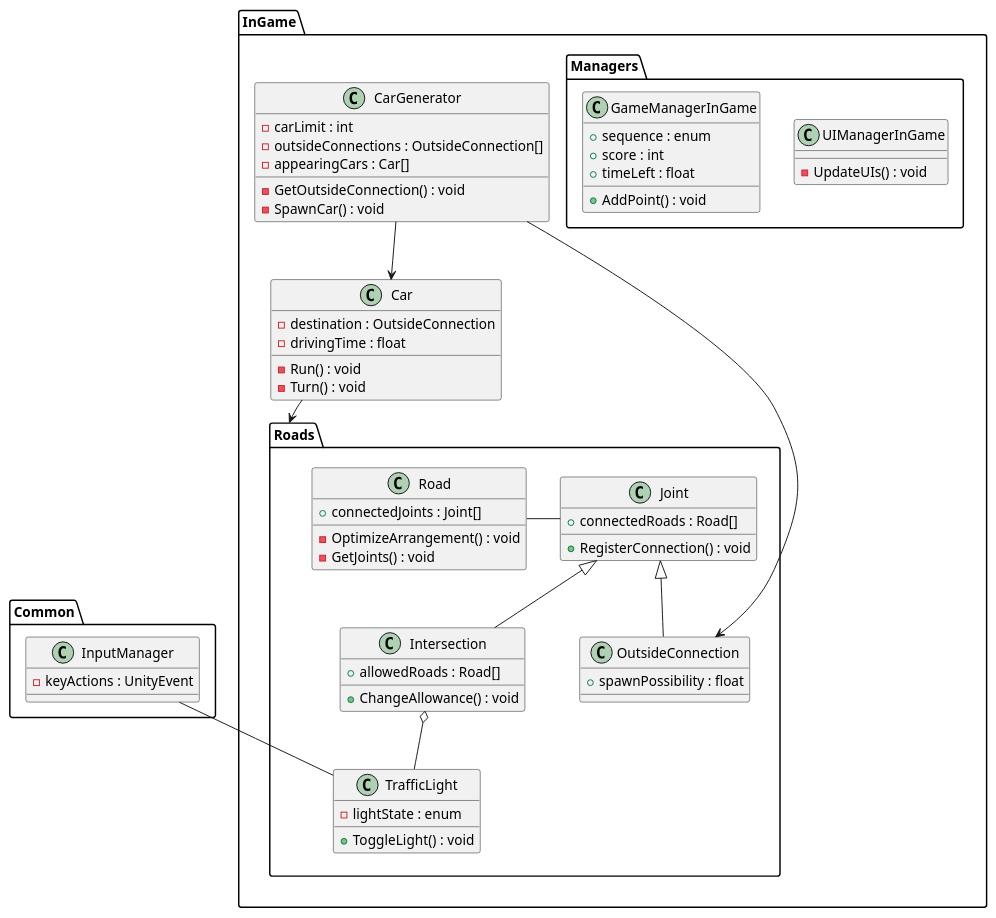
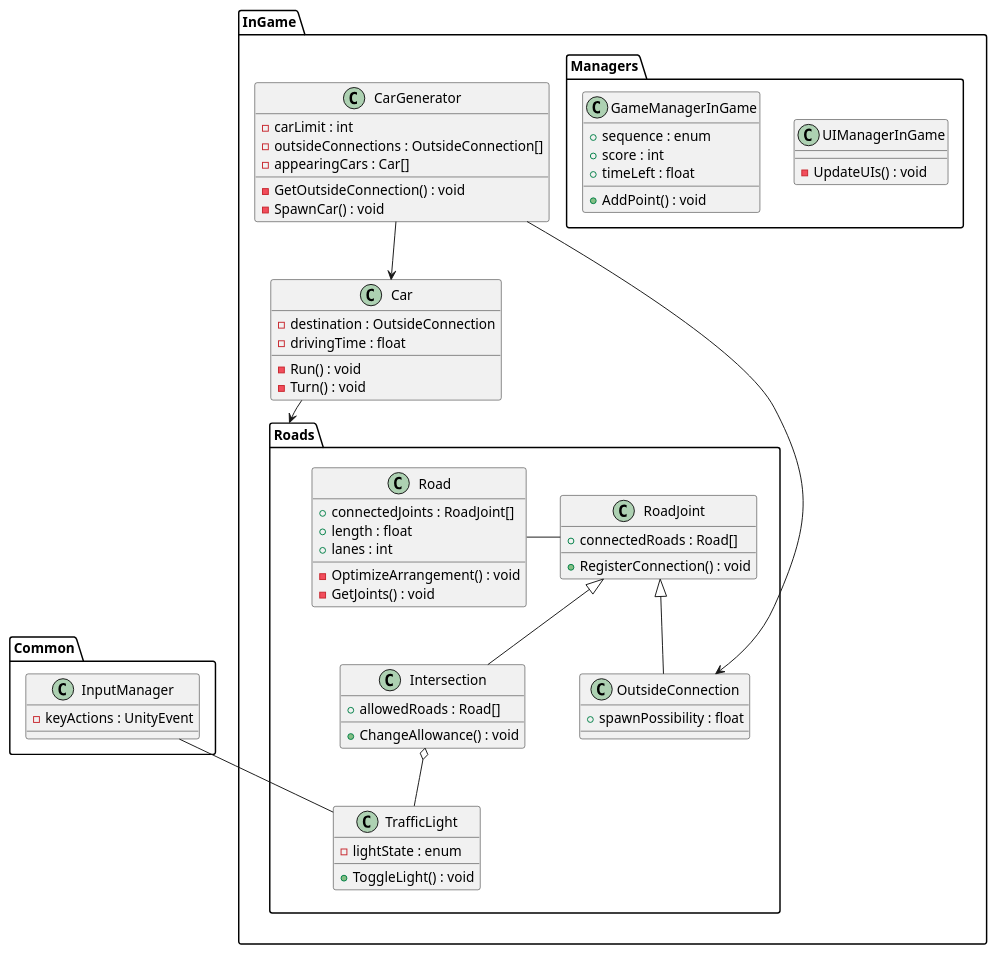
The diagram in UML/Class.puml (konbraphat51/TrafficLights), drawn with PlantUML before and after one commit. The commit also changed 9 other files, not shown here.

```diff
--- a/UML/Class.puml
+++ b/UML/Class.puml
@@ -1,81 +1,83 @@
 @startuml
 
 package Common{
     class InputManager{
         -keyActions : UnityEvent
     }
 }
 
 package InGame{
     package Roads{
         class Road{
-            +connectedJoints : Joint[]
+            +connectedJoints : RoadJoint[]
+            +length : float
+            +lanes : int
             -OptimizeArrangement() : void
             -GetJoints() : void
         }
 
-        class Joint{
+        class RoadJoint{
             +connectedRoads : Road[]
             +RegisterConnection() : void
         }
 
-        Road - Joint
+        Road - RoadJoint
 
         class Intersection{
             +allowedRoads : Road[]
             +ChangeAllowance() : void
         }
 
-        Joint <|-- Intersection
+        RoadJoint <|-- Intersection
 
         class OutsideConnection{
             +spawnPossibility : float
         }
 
-        Joint <|-- OutsideConnection
+        RoadJoint <|-- OutsideConnection
 
         class TrafficLight{
             -lightState : enum
             +ToggleLight() : void
         }
 
         Intersection o-- TrafficLight
 
         InputManager -- TrafficLight
     }
     
     class Car{
         -destination : OutsideConnection
         -drivingTime : float
         -Run() : void
         -Turn() : void
     }
 
     Car --> Roads
 
     class CarGenerator{
         -carLimit : int
         -outsideConnections : OutsideConnection[]
         -appearingCars : Car[]
         -GetOutsideConnection() : void
         -SpawnCar() : void
     }
 
     CarGenerator --> Car
     CarGenerator --> OutsideConnection
 
     package Managers{
         class UIManagerInGame{
             -UpdateUIs() : void
         }
 
         class GameManagerInGame{
             +sequence : enum
             +score : int
             +timeLeft : float
             +AddPoint() : void
         }
     }
 }
 
 @enduml
```
